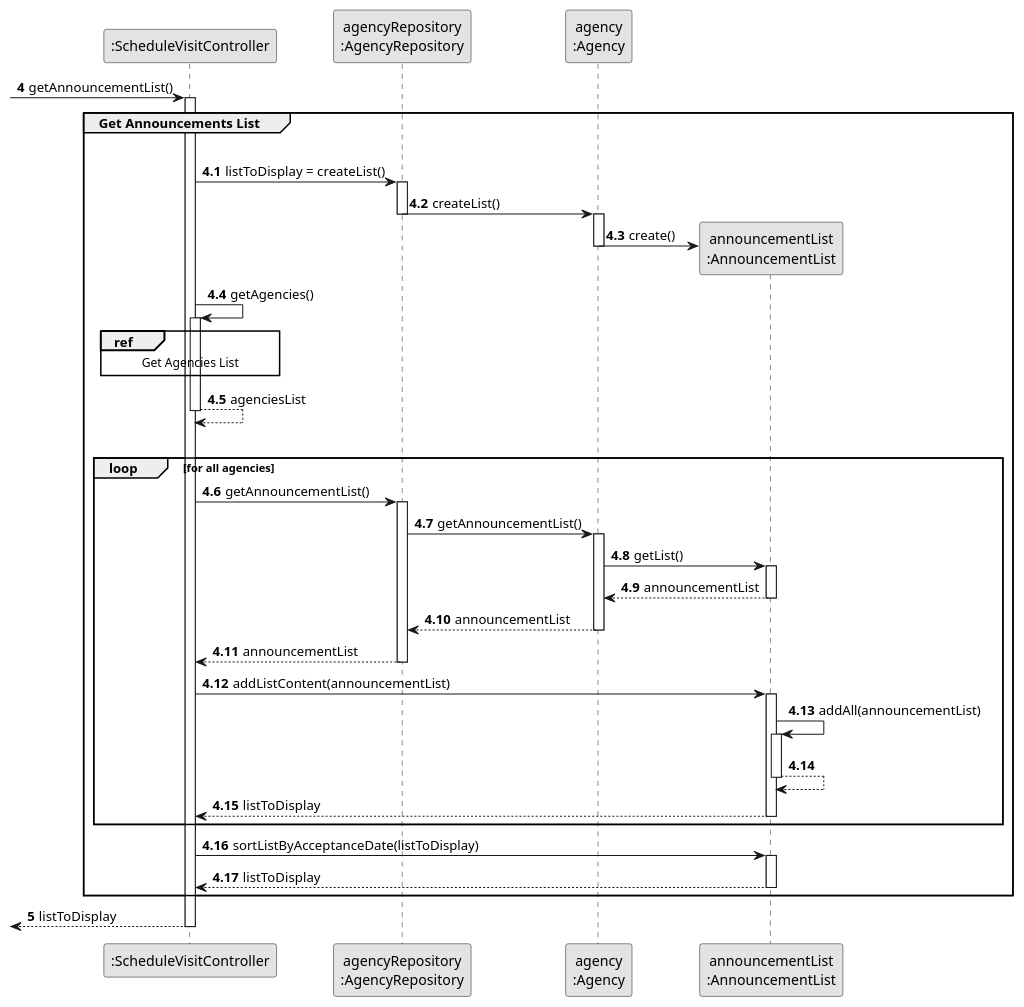
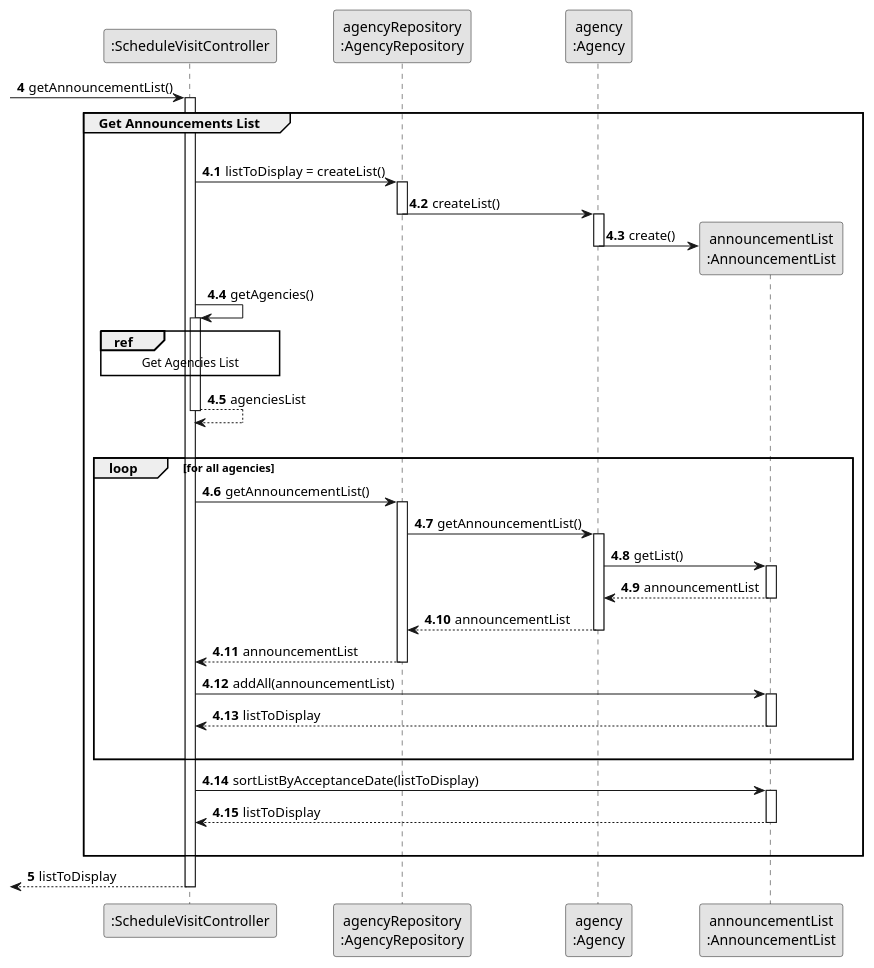
The diagram in docs/sprintC/us009/03.design/puml/us009-sequence-diagram-partial-get-announcements-list.puml (rita-barbosa/LAPR2-2223), drawn with PlantUML before and after one commit.

Commit message:
Get Announcement List Partial SD update [US009] [Design]

```diff
--- a/docs/sprintC/us009/03.design/puml/us009-sequence-diagram-partial-get-announcements-list.puml
+++ b/docs/sprintC/us009/03.design/puml/us009-sequence-diagram-partial-get-announcements-list.puml
@@ -1,88 +1,83 @@
 @startuml
 skinparam monochrome true
 skinparam packageStyle rectangle
 skinparam shadowing false
 
 
 participant ":ScheduleVisitController" as CTRL
 participant "agencyRepository\n:AgencyRepository" as REP
 participant "agency\n:Agency" as AGC
 participant "announcementList\n:AnnouncementList" as LISTCLASS
 
 autonumber 4
 
  -> CTRL : getAnnouncementList()
 
 activate CTRL
 
     autonumber 4.1
 
     group Get Announcements List
 |||
             CTRL -> REP : listToDisplay = createList()
             activate REP
 
             REP -> AGC : createList()
             deactivate REP
             activate AGC
 
             AGC -> LISTCLASS** : create()
              deactivate AGC
 
 
            CTRL -> CTRL : getAgencies()
             activate CTRL
 
             ref over CTRL
                 Get Agencies List
             end ref
                 CTRL --> CTRL : agenciesList
             deactivate CTRL
 |||
 
             loop for all agencies
 
                 CTRL -> REP : getAnnouncementList()
                 activate REP
 
                 REP -> AGC : getAnnouncementList()
                 activate AGC
 
                 AGC -> LISTCLASS : getList()
                 activate LISTCLASS
 
                     LISTCLASS --> AGC : announcementList
                 deactivate LISTCLASS
 
                     AGC --> REP : announcementList
                 deactivate AGC
 
                 REP --> CTRL : announcementList
                 deactivate REP
 
-                CTRL -> LISTCLASS : addListContent(announcementList)
+                CTRL -> LISTCLASS : addAll(announcementList)
                 activate LISTCLASS
-
-                LISTCLASS -> LISTCLASS : addAll(announcementList)
-                activate LISTCLASS
-
-                LISTCLASS --> LISTCLASS
-                deactivate LISTCLASS
 
                 LISTCLASS --> CTRL : listToDisplay
                 deactivate LISTCLASS
-
+|||
             end loop
 
             CTRL -> LISTCLASS : sortListByAcceptanceDate(listToDisplay)
             activate LISTCLASS
 
                 LISTCLASS --> CTRL : listToDisplay
             deactivate LISTCLASS
+|||
         end group
     autonumber 5
     <-- CTRL  : listToDisplay
 deactivate CTRL
 
 
 @enduml
```
